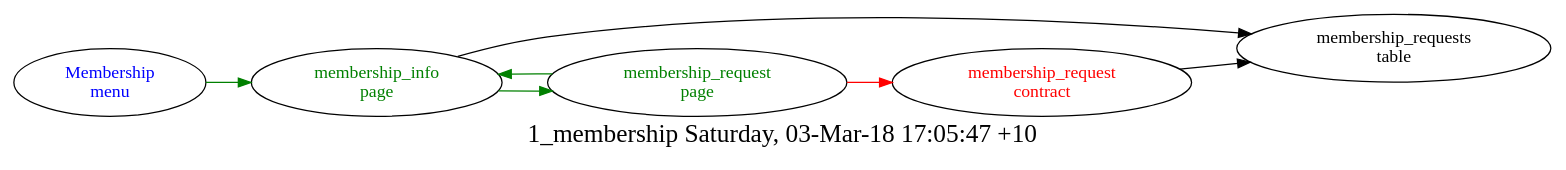
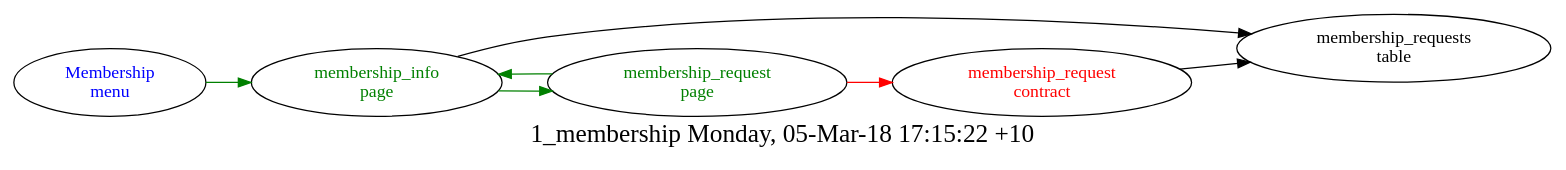
Before and after one commit to AplaProject/apps: the diagram in src/basic/basic_ecosystem_VDE/1_membership/struct.dot, drawn with Graphviz. The commit also changed 70 other files, not shown here.

```diff
--- a/src/basic/basic_ecosystem_VDE/1_membership/struct.dot
+++ b/src/basic/basic_ecosystem_VDE/1_membership/struct.dot
@@ -1,16 +1,16 @@
 digraph G {
 fontsize="20.0";
-label="1_membership Saturday, 03-Mar-18 17:05:47 +10";
+label="1_membership Monday, 05-Mar-18 17:15:22 +10";
 rankdir=LR;
 "membership_request\ncontract" -> "membership_requests\ntable"
 "membership_request\ncontract" [fontcolor=red, group=contracts];
 "Membership\nmenu" -> "membership_info\npage"  [ color=green ]
 "Membership\nmenu" [fontcolor=blue, group=menus];
 "membership_info\npage" -> "membership_requests\ntable"
 "membership_info\npage" -> "membership_request\npage"  [ color=green ]
 "membership_info\npage" [fontcolor=green, group=pages];
 "membership_request\npage" -> "membership_request\ncontract"  [ color=red ]
 "membership_request\npage" -> "membership_info\npage"  [ color=green ]
 "membership_request\npage" [fontcolor=green, group=pages];
 "membership_requests\ntable" [group=tables];
 }
```
